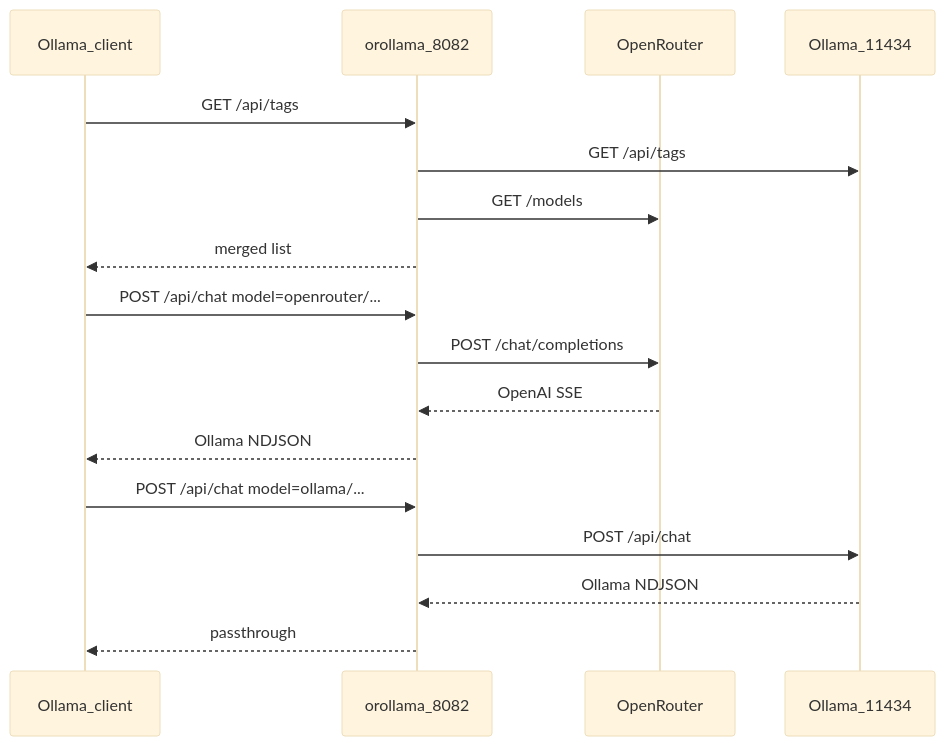
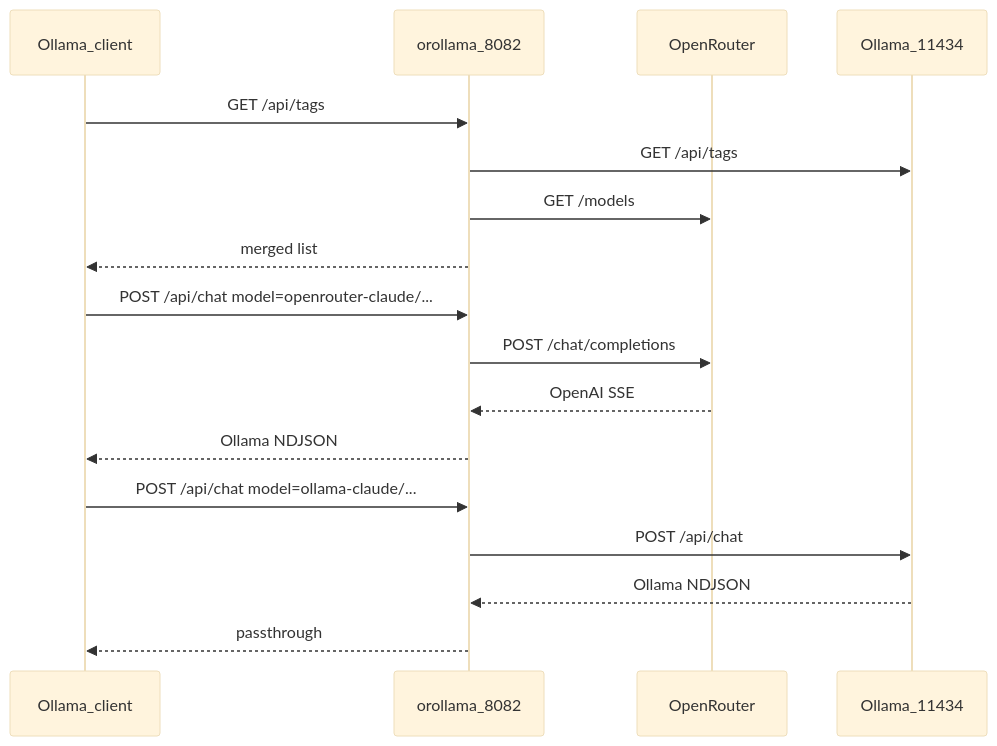
One commit to itzreqle/openrouter-ollama-proxy changed the fifth of 5 diagrams in README.md. Above: the diagram before and after it, drawn with Mermaid (base theme). The commit also changed other lines of this file, not shown here.

First line of the commit message:
docs: prefer openrouter-claude ids in routing and Ollama examples

````diff
--- a/README.md
+++ b/README.md
@@ -365,22 +365,22 @@
 ```mermaid
 sequenceDiagram
   participant App as Ollama_client
   participant P as orollama_8082
   participant OR as OpenRouter
   participant OL as Ollama_11434
 
   App->>P: GET /api/tags
   P->>OL: GET /api/tags
   P->>OR: GET /models
   P-->>App: merged list
 
-  App->>P: POST /api/chat model=openrouter/...
+  App->>P: POST /api/chat model=openrouter-claude/...
   P->>OR: POST /chat/completions
   OR-->>P: OpenAI SSE
   P-->>App: Ollama NDJSON
 
-  App->>P: POST /api/chat model=ollama/...
+  App->>P: POST /api/chat model=ollama-claude/...
   P->>OL: POST /api/chat
   OL-->>P: Ollama NDJSON
   P-->>App: passthrough
 ```
````
